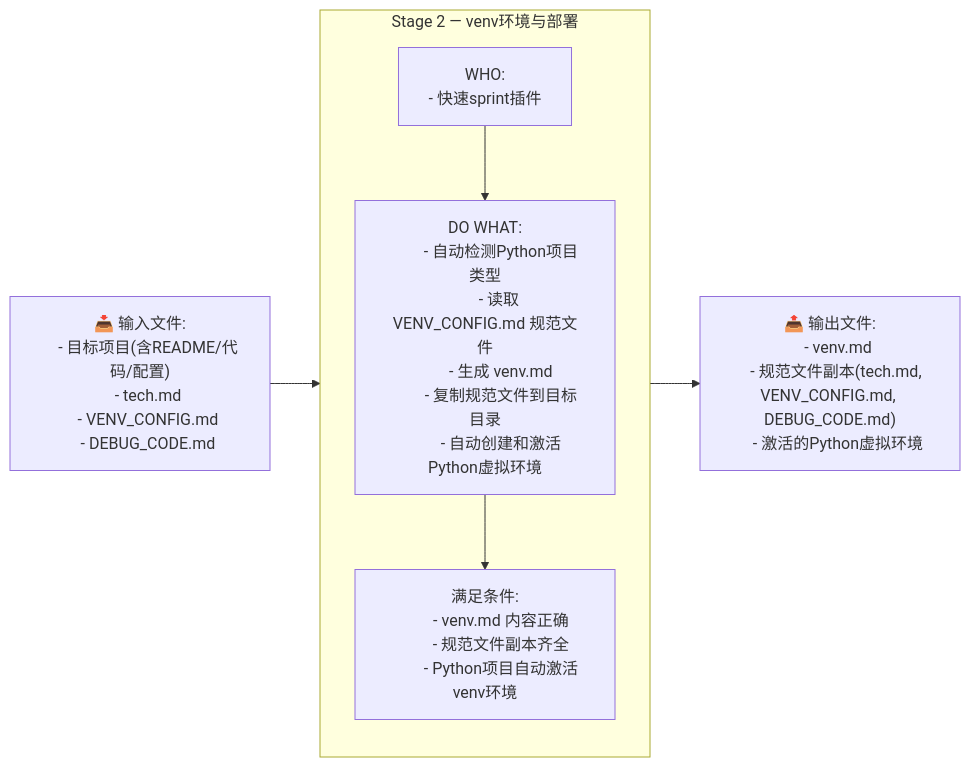
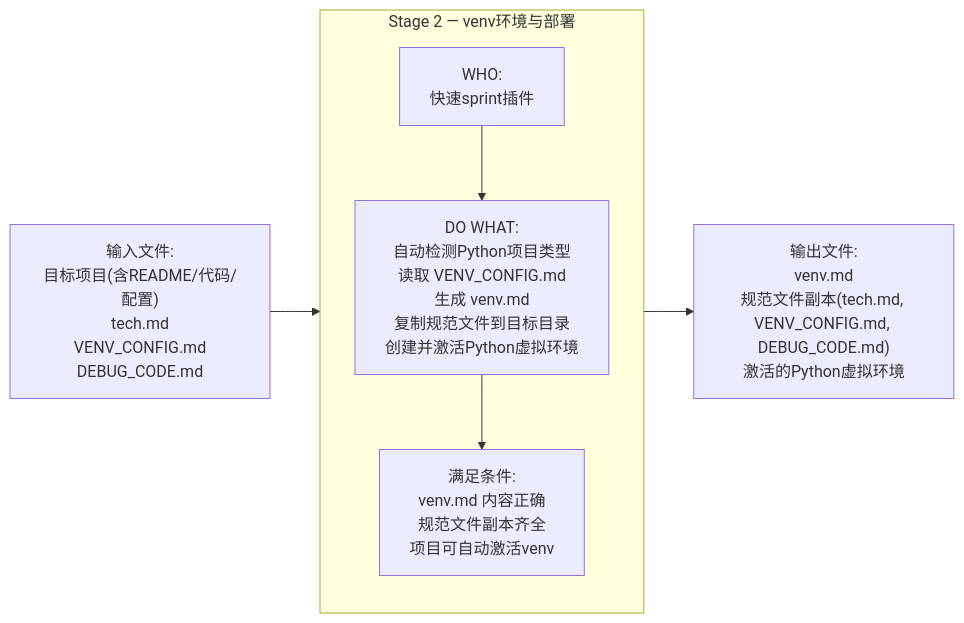
One commit to ouyangshixiong/context-engineering-zh changed the third of 15 diagrams in README.md. Above: the diagram before and after it, drawn with Mermaid. The commit also changed other lines of this file, not shown here.

Commit message:
修复mermaid格式错误

````diff
--- a/README.md
+++ b/README.md
@@ -263,36 +253,22 @@
 ```mermaid
 flowchart LR
+
     %% ================= Stage 2 =================
-    I2["📥 输入文件:
-    - 目标项目(含README/代码/配置)
-    - tech.md
-    - VENV_CONFIG.md
-    - DEBUG_CODE.md"]
+    I2["输入文件:<br/>目标项目(含README/代码/配置)<br/>tech.md<br/>VENV_CONFIG.md<br/>DEBUG_CODE.md"]
 
-    O2["📤 输出文件:
-    - venv.md
-    - 规范文件副本(tech.md, VENV_CONFIG.md, DEBUG_CODE.md)
-    - 激活的Python虚拟环境"]
+    O2["输出文件:<br/>venv.md<br/>规范文件副本(tech.md, VENV_CONFIG.md, DEBUG_CODE.md)<br/>激活的Python虚拟环境"]
 
     subgraph S2["Stage 2 — venv环境与部署"]
         direction TB
-        W2["WHO:
-        - 快速sprint插件"]
 
-        A2["DO WHAT:
-        - 自动检测Python项目类型
-        - 读取 VENV_CONFIG.md 规范文件
-        - 生成 venv.md
-        - 复制规范文件到目标目录
-        - 自动创建和激活Python虚拟环境"]
+        W2["WHO:<br/>快速sprint插件"]
 
-        V2["满足条件:
-        - venv.md 内容正确
-        - 规范文件副本齐全
-        - Python项目自动激活venv环境"]
+        A2["DO WHAT:<br/>自动检测Python项目类型<br/>读取 VENV_CONFIG.md<br/>生成 venv.md<br/>复制规范文件到目标目录<br/>创建并激活Python虚拟环境"]
+
+        V2["满足条件:<br/>venv.md 内容正确<br/>规范文件副本齐全<br/>项目可自动激活venv"]
 
         W2 --> A2 --> V2
     end
 
     I2 --> S2 --> O2
 ```
````
